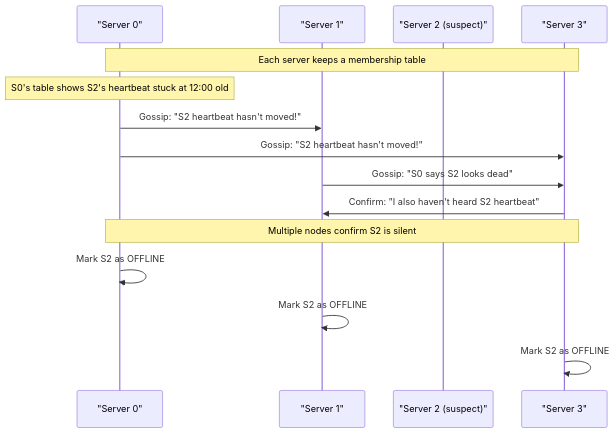
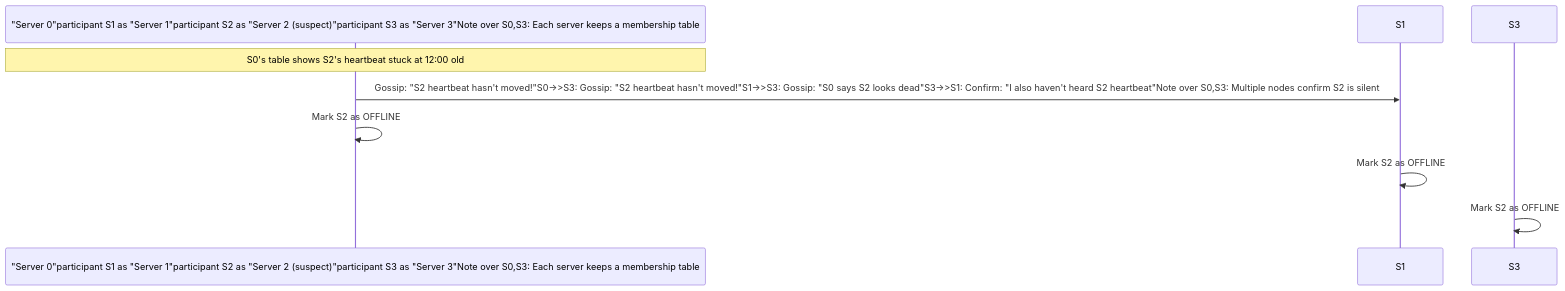
Diagram 11 of 22 in content/posts/2026/design-a-key-value-store.md (devops-monk/system-design-blog), drawn with Mermaid before and after one commit. The commit also changed other lines of this file and 5 other files, not shown here.

````diff
--- a/content/posts/2026/design-a-key-value-store.md
+++ b/content/posts/2026/design-a-key-value-store.md
@@ -405,21 +390,10 @@
 ```mermaid
 sequenceDiagram
-    participant S0 as "Server 0"
-    participant S1 as "Server 1"
-    participant S2 as "Server 2 (suspect)"
-    participant S3 as "Server 3"
-
-    Note over S0,S3: Each server keeps a membership table
+    participant S0 as "Server 0"participant S1 as "Server 1"participant S2 as "Server 2 (suspect)"participant S3 as "Server 3"Note over S0,S3: Each server keeps a membership table
     Note over S0: S0's table shows S2's heartbeat stuck at 12:00 old
 
-    S0->>S1: Gossip: "S2 heartbeat hasn't moved!"
-    S0->>S3: Gossip: "S2 heartbeat hasn't moved!"
-
-    S1->>S3: Gossip: "S0 says S2 looks dead"
-    S3->>S1: Confirm: "I also haven't heard S2 heartbeat"
-
-    Note over S0,S3: Multiple nodes confirm S2 is silent
+    S0->>S1: Gossip: "S2 heartbeat hasn't moved!"S0->>S3: Gossip: "S2 heartbeat hasn't moved!"S1->>S3: Gossip: "S0 says S2 looks dead"S3->>S1: Confirm: "I also haven't heard S2 heartbeat"Note over S0,S3: Multiple nodes confirm S2 is silent
     S0->>S0: Mark S2 as OFFLINE
     S1->>S1: Mark S2 as OFFLINE
     S3->>S3: Mark S2 as OFFLINE
 ```
````
